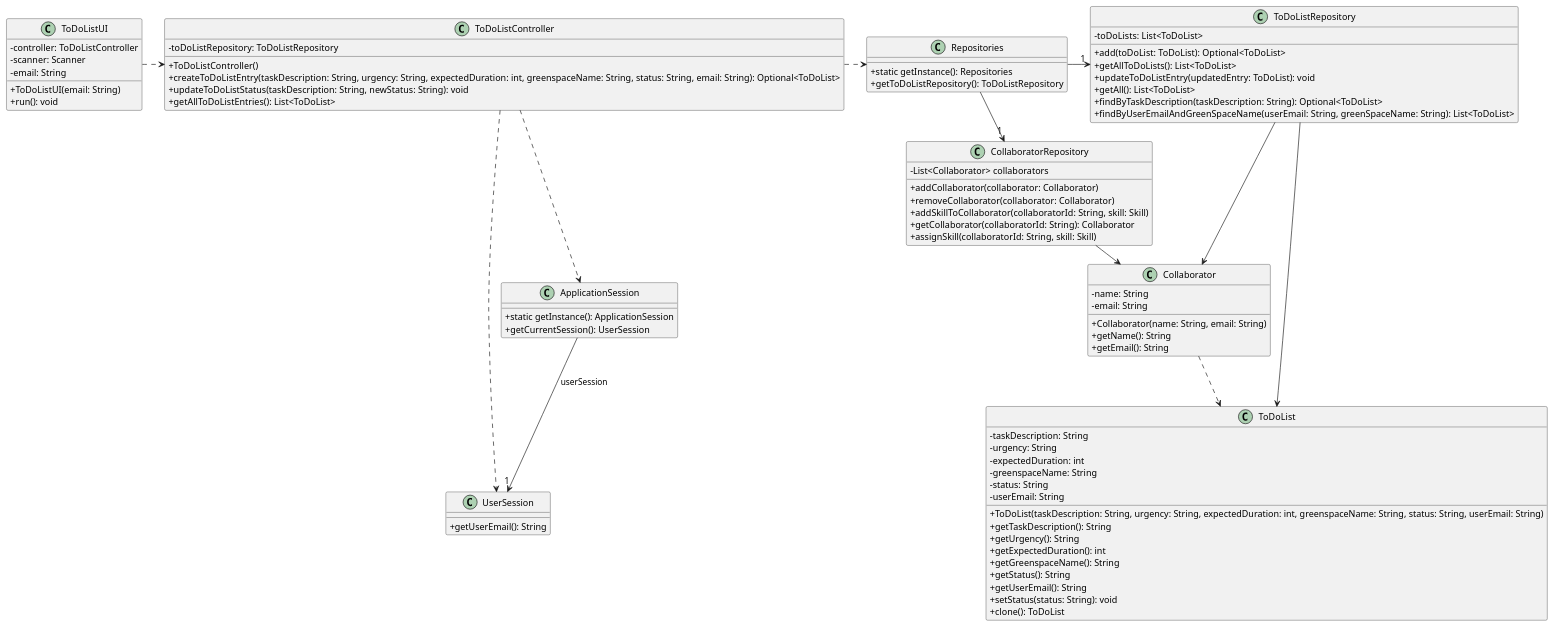
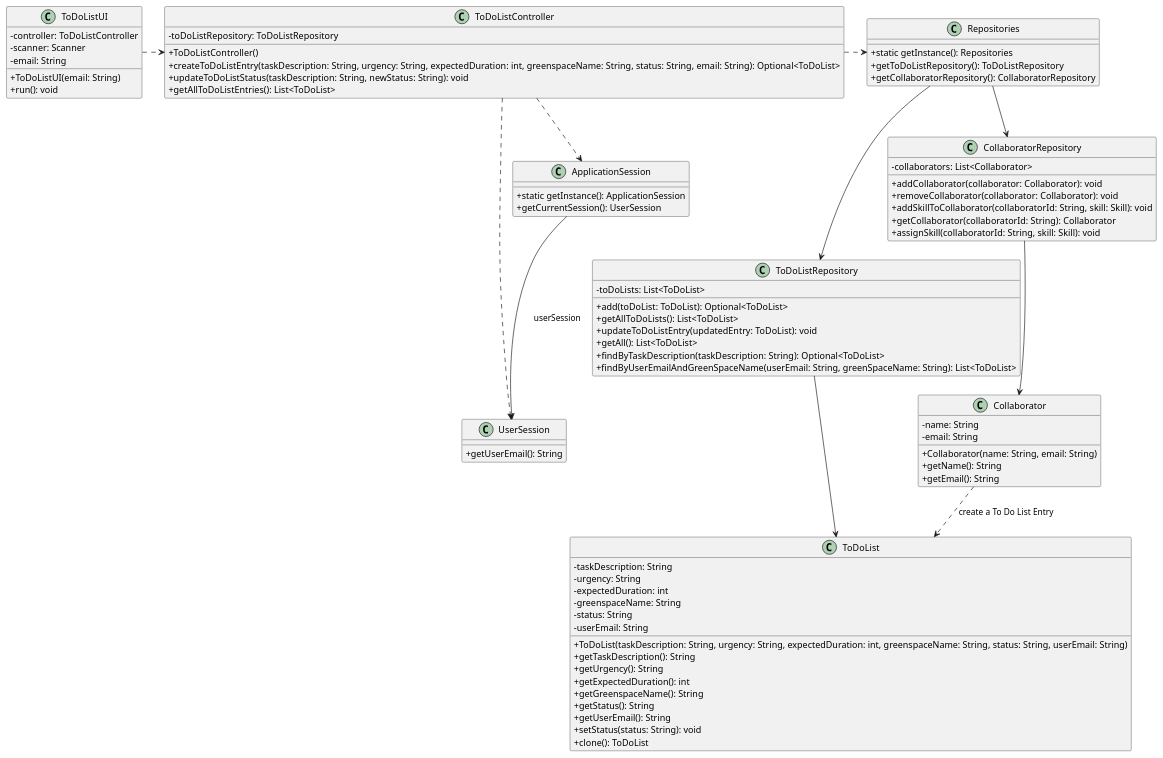
Before and after one commit to Departamento-de-Engenharia-Informatica/greenspace-management: the diagram in docs/sprintC/us021/03.design/puml/us021-class-diagram.puml, drawn with PlantUML. The commit also changed 5 other files, not shown here.

```diff
--- a/docs/sprintC/us021/03.design/puml/us021-class-diagram.puml
+++ b/docs/sprintC/us021/03.design/puml/us021-class-diagram.puml
@@ -1,104 +1,102 @@
 @startuml
 
 skinparam packageStyle rectangle
 skinparam shadowing false
 skinparam linetype polyline
 skinparam linetype orto
 skinparam classAttributeIconSize 0
 
 class ToDoList {
     - taskDescription: String
     - urgency: String
     - expectedDuration: int
     - greenspaceName: String
     - status: String
     - userEmail: String
 
     + ToDoList(taskDescription: String, urgency: String, expectedDuration: int, greenspaceName: String, status: String, userEmail: String)
     + getTaskDescription(): String
     + getUrgency(): String
     + getExpectedDuration(): int
     + getGreenspaceName(): String
     + getStatus(): String
     + getUserEmail(): String
     + setStatus(status: String): void
     + clone(): ToDoList
 }
 
 class ToDoListRepository {
     - toDoLists: List<ToDoList>
 
     + add(toDoList: ToDoList): Optional<ToDoList>
     + getAllToDoLists(): List<ToDoList>
     + updateToDoListEntry(updatedEntry: ToDoList): void
     + getAll(): List<ToDoList>
     + findByTaskDescription(taskDescription: String): Optional<ToDoList>
     + findByUserEmailAndGreenSpaceName(userEmail: String, greenSpaceName: String): List<ToDoList>
 }
 
 class ToDoListController {
     - toDoListRepository: ToDoListRepository
 
     + ToDoListController()
     + createToDoListEntry(taskDescription: String, urgency: String, expectedDuration: int, greenspaceName: String, status: String, email: String): Optional<ToDoList>
     + updateToDoListStatus(taskDescription: String, newStatus: String): void
     + getAllToDoListEntries(): List<ToDoList>
 }
 
 class Repositories {
     + static getInstance(): Repositories
     + getToDoListRepository(): ToDoListRepository
+    + getCollaboratorRepository(): CollaboratorRepository
 }
 
 class ToDoListUI {
     - controller: ToDoListController
     - scanner: Scanner
     - email: String
 
     + ToDoListUI(email: String)
     + run(): void
 }
 
 class UserSession {
     + getUserEmail(): String
 }
 
 class ApplicationSession {
     + static getInstance(): ApplicationSession
     + getCurrentSession(): UserSession
 }
 
 class Collaborator {
     - name: String
     - email: String
 
     + Collaborator(name: String, email: String)
     + getName(): String
     + getEmail(): String
 }
 
 class CollaboratorRepository {
-    - List<Collaborator> collaborators
+    - collaborators: List<Collaborator>
 
-    + addCollaborator(collaborator: Collaborator)
-    + removeCollaborator(collaborator: Collaborator)
-    + addSkillToCollaborator(collaboratorId: String, skill: Skill)
+    + addCollaborator(collaborator: Collaborator): void
+    + removeCollaborator(collaborator: Collaborator): void
+    + addSkillToCollaborator(collaboratorId: String, skill: Skill): void
     + getCollaborator(collaboratorId: String): Collaborator
-    + assignSkill(collaboratorId: String, skill: Skill)
+    + assignSkill(collaboratorId: String, skill: Skill): void
 }
 
 ToDoListController .> Repositories
-Repositories -> "1" ToDoListRepository
-Repositories -> "1" CollaboratorRepository
-CollaboratorRepository -> Collaborator
+Repositories --> ToDoListRepository
+Repositories --> CollaboratorRepository
+CollaboratorRepository --> Collaborator
 ToDoListUI .> ToDoListController
 ToDoListRepository --> ToDoList
 
-ApplicationSession --> "1" UserSession : userSession
+ApplicationSession --> UserSession : userSession
 ToDoListController ..> ApplicationSession
 ToDoListController ..> UserSession
-
-ToDoListRepository --> Collaborator
-Collaborator ..> ToDoList
-
+Collaborator ..> ToDoList : create a To Do List Entry
 @enduml
```
